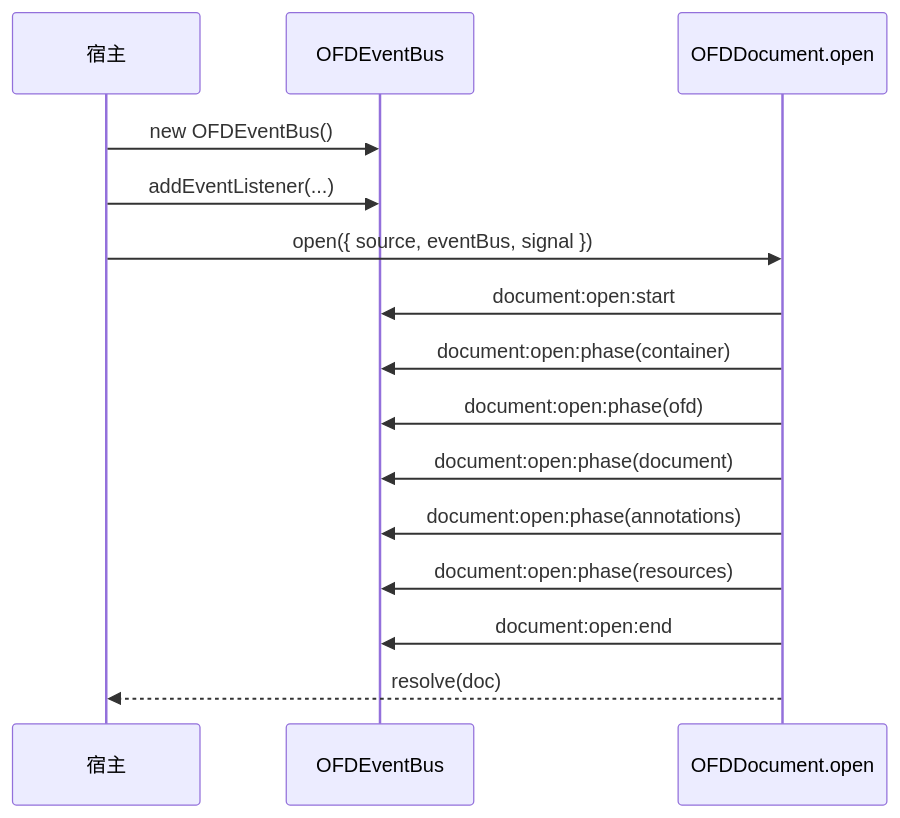
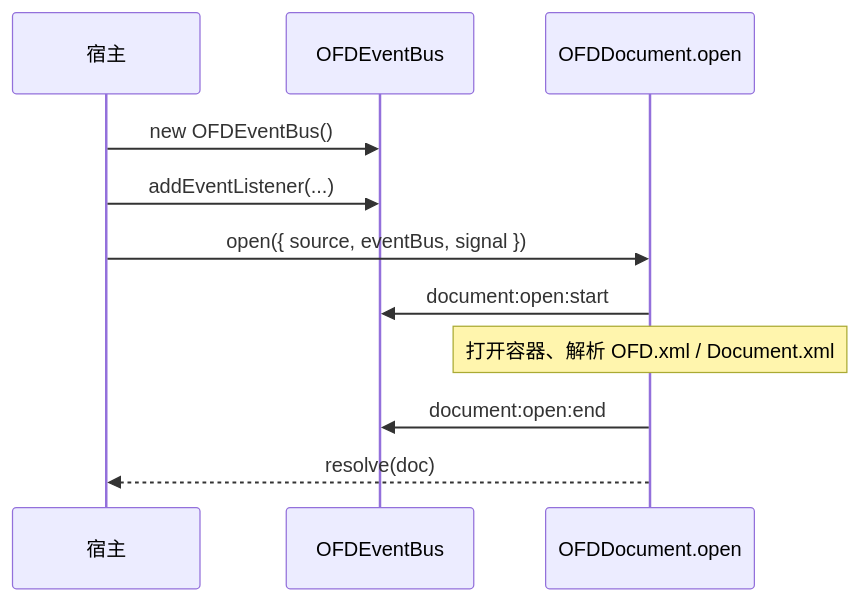
One commit to ofdrw/ofdrw-viewer changed the second of 4 diagrams in docs/OFD渲染引擎生命周期与事件设计.md. Above: the diagram before and after it, drawn with Mermaid. The commit also changed other lines of this file and 4 other files, not shown here.

````diff
--- a/docs/OFD渲染引擎生命周期与事件设计.md
+++ b/docs/OFD渲染引擎生命周期与事件设计.md
@@ -349,17 +185,13 @@
 ```mermaid
 sequenceDiagram
   participant Host as 宿主
   participant Bus as OFDEventBus
   participant Doc as OFDDocument.open
   Host->>Bus: new OFDEventBus()
   Host->>Bus: addEventListener(...)
   Host->>Doc: open({ source, eventBus, signal })
   Doc->>Bus: document:open:start
-  Doc->>Bus: document:open:phase(container)
-  Doc->>Bus: document:open:phase(ofd)
-  Doc->>Bus: document:open:phase(document)
-  Doc->>Bus: document:open:phase(annotations)
-  Doc->>Bus: document:open:phase(resources)
+  Note over Doc: 打开容器、解析 OFD.xml / Document.xml
   Doc->>Bus: document:open:end
   Doc-->>Host: resolve(doc)
 ```
````
